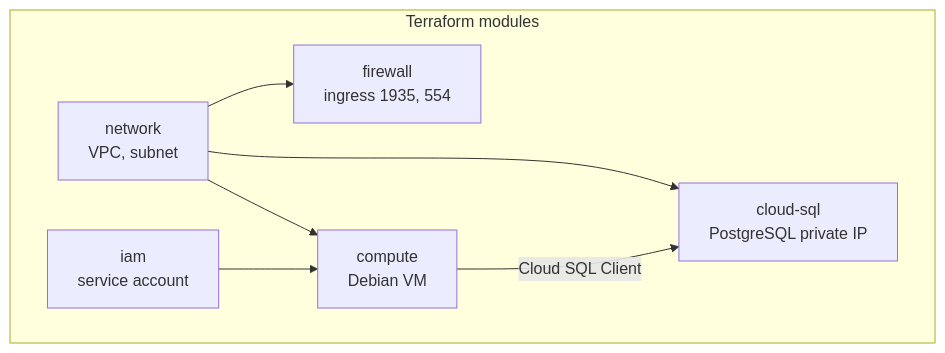
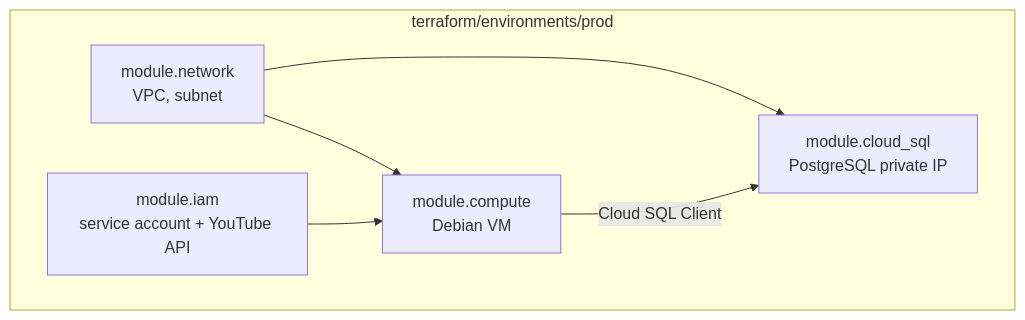
The fourth of 4 diagrams in README.md (iklobato/donatik-tube), drawn with Mermaid before and after one commit. The commit also changed other lines of this file, not shown here.

Commit message:
docs: update README with current structure and clearer diagrams

````diff
--- a/README.md
+++ b/README.md
@@ -128,16 +139,13 @@
 ```mermaid
 flowchart TB
-    subgraph Terraform["Terraform modules"]
-        NET[network<br/>VPC, subnet]
-        FW[firewall<br/>ingress 1935, 554]
-        SQL[cloud-sql<br/>PostgreSQL private IP]
-        COMPUTE[compute<br/>Debian VM]
-        IAM[iam<br/>service account]
+    subgraph Prod["terraform/environments/prod"]
+        MOD_NET[module.network<br/>VPC, subnet]
+        MOD_IAM[module.iam<br/>service account + YouTube API]
+        MOD_COMPUTE[module.compute<br/>Debian VM]
+        MOD_SQL[module.cloud_sql<br/>PostgreSQL private IP]
+        MOD_NET --> MOD_COMPUTE
+        MOD_NET --> MOD_SQL
+        MOD_IAM --> MOD_COMPUTE
+        MOD_COMPUTE -->|Cloud SQL Client| MOD_SQL
     end
-
-    NET --> FW
-    NET --> SQL
-    NET --> COMPUTE
-    IAM --> COMPUTE
-    COMPUTE -->|Cloud SQL Client| SQL
 ```
````
